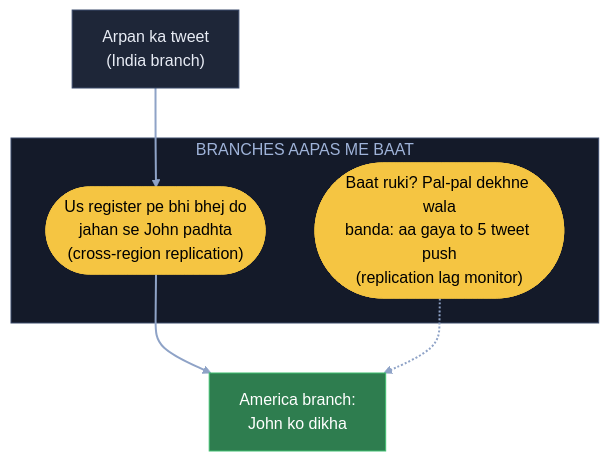
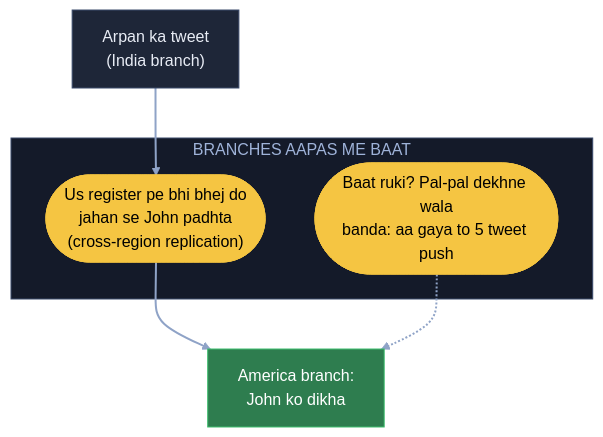
The ninth of 21 diagrams in 04_HLD/SYSTEM_DESIGNS/03_twitter_feed/03_twitter_feed.md (ArpanMaheshwari144/Prep), drawn with Mermaid (forest theme) before and after one commit. The commit also changed other lines of this file and 20 other files, not shown here.

Commit message:
Diagram: sirf hand notes wale naam rahe (66 apne joda naam hataye); README 22-Nov tak update

````diff
--- a/04_HLD/SYSTEM_DESIGNS/03_twitter_feed/03_twitter_feed.md
+++ b/04_HLD/SYSTEM_DESIGNS/03_twitter_feed/03_twitter_feed.md
@@ -358,18 +358,18 @@
 ```mermaid
 flowchart TB
     A["Arpan ka tweet<br/>(India branch)"]:::card
     subgraph BB["BRANCHES AAPAS ME BAAT"]
         B(["Us register pe bhi bhej do<br/>jahan se John padhta<br/>(cross-region replication)"]):::pill
-        P(["Baat ruki? Pal-pal dekhne wala<br/>banda: aa gaya to 5 tweet push<br/>(replication lag monitor)"]):::pill
+        P(["Baat ruki? Pal-pal dekhne wala<br/>banda: aa gaya to 5 tweet push"]):::pill
     end
     US["America branch:<br/>John ko dikha"]:::good
     A --> B
     B --> US
     P -.-> US
     linkStyle default stroke:#8fa3c7,stroke-width:2px
     classDef card fill:#1e2638,stroke:#3a4a6b,color:#e8ecf5
     classDef pill fill:#f5c542,stroke:#f5c542,color:#000
     classDef good fill:#2e7d4f,stroke:#3fbf6f,color:#fff
     classDef bad fill:#5c1f24,stroke:#e05561,color:#fff
     style BB fill:#141a29,stroke:#3a4a6b,color:#9fb3d9
 ```
````
